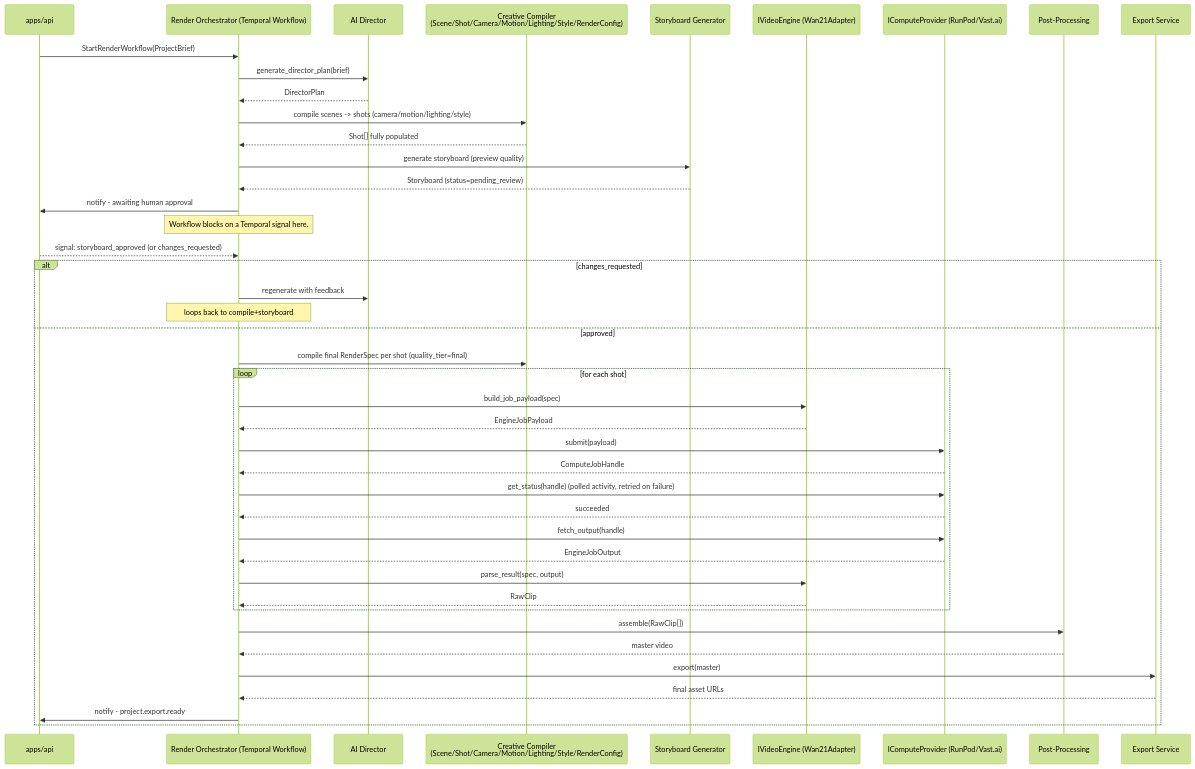
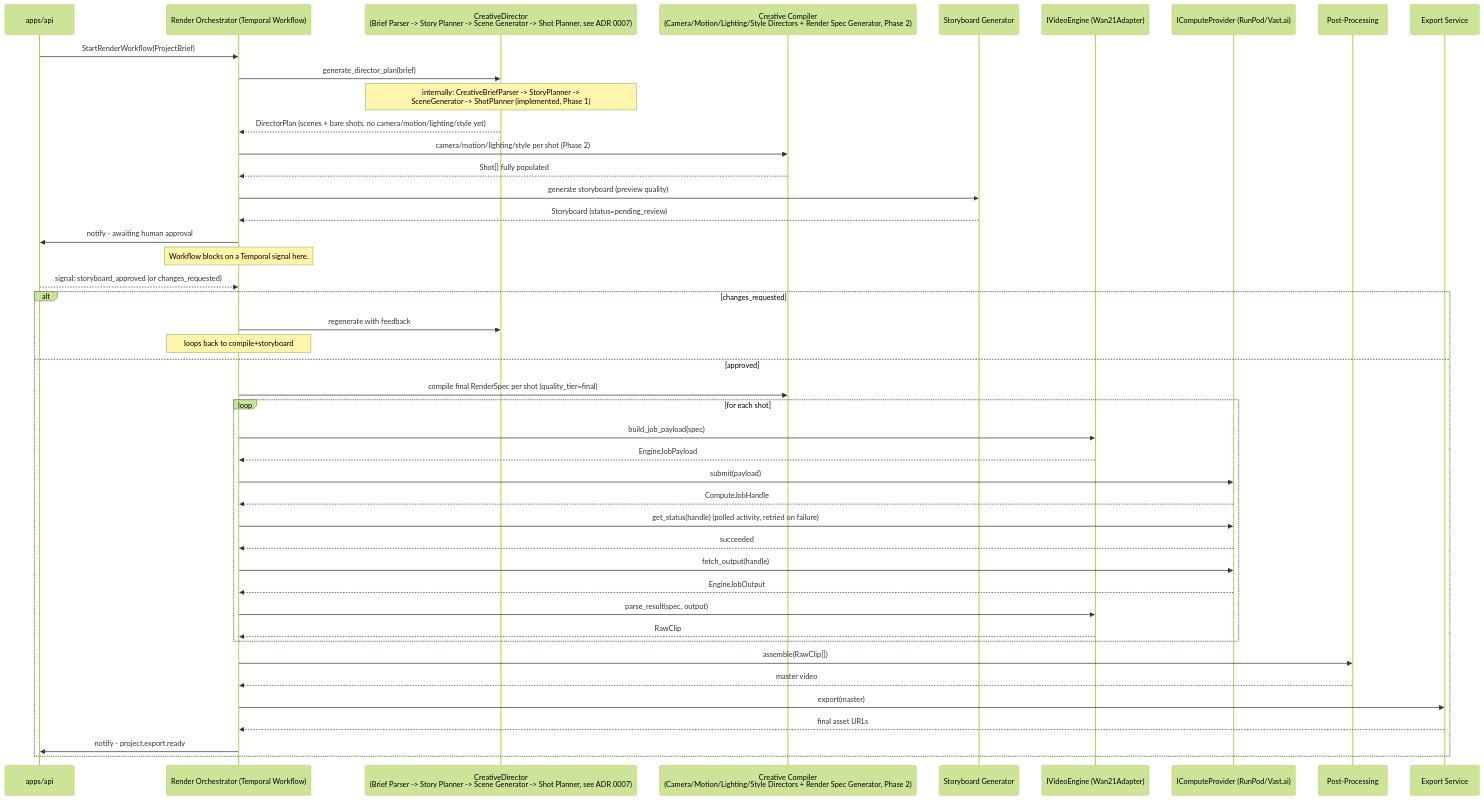
The diagram in docs/workflows/ai-director-workflow.md (Y1X0/sallehly-ai-engine), drawn with Mermaid (forest theme) before and after one commit. The commit also changed other lines of this file and 55 other files, not shown here.

First line of the commit message:
Phase 1: Creative Director pipeline (Brief Parser -> Story Planner -> Scene/Shot generation)

````diff
--- a/docs/workflows/ai-director-workflow.md
+++ b/docs/workflows/ai-director-workflow.md
@@ -9,46 +9,47 @@
 ```mermaid
 sequenceDiagram
     participant API as apps/api
     participant WF as Render Orchestrator (Temporal Workflow)
-    participant DIR as AI Director
-    participant CC as Creative Compiler<br/>(Scene/Shot/Camera/Motion/Lighting/Style/RenderConfig)
+    participant DIR as CreativeDirector<br/>(Brief Parser -> Story Planner -> Scene Generator -> Shot Planner, see ADR 0007)
+    participant CC as Creative Compiler<br/>(Camera/Motion/Lighting/Style Directors + Render Spec Generator, Phase 2)
     participant SBG as Storyboard Generator
     participant ENG as IVideoEngine (Wan21Adapter)
     participant CMP as IComputeProvider (RunPod/Vast.ai)
     participant PP as Post-Processing
     participant EXP as Export Service
 
     API->>WF: StartRenderWorkflow(ProjectBrief)
     WF->>DIR: generate_director_plan(brief)
-    DIR-->>WF: DirectorPlan
-    WF->>CC: compile scenes -> shots (camera/motion/lighting/style)
+    Note over DIR: internally: CreativeBriefParser -> StoryPlanner -><br/>SceneGenerator -> ShotPlanner (implemented, Phase 1)
+    DIR-->>WF: DirectorPlan (scenes + bare shots, no camera/motion/lighting/style yet)
+    WF->>CC: camera/motion/lighting/style per shot (Phase 2)
     CC-->>WF: Shot[] fully populated
     WF->>SBG: generate storyboard (preview quality)
     SBG-->>WF: Storyboard (status=pending_review)
     WF->>API: notify - awaiting human approval
     Note over WF: Workflow blocks on a Temporal signal here.
     API-->>WF: signal: storyboard_approved (or changes_requested)
     alt changes_requested
         WF->>DIR: regenerate with feedback
         Note over WF: loops back to compile+storyboard
     else approved
         WF->>CC: compile final RenderSpec per shot (quality_tier=final)
         loop for each shot
             WF->>ENG: build_job_payload(spec)
             ENG-->>WF: EngineJobPayload
             WF->>CMP: submit(payload)
             CMP-->>WF: ComputeJobHandle
             WF->>CMP: get_status(handle) (polled activity, retried on failure)
             CMP-->>WF: succeeded
             WF->>CMP: fetch_output(handle)
             CMP-->>WF: EngineJobOutput
             WF->>ENG: parse_result(spec, output)
             ENG-->>WF: RawClip
         end
         WF->>PP: assemble(RawClip[])
         PP-->>WF: master video
         WF->>EXP: export(master)
         EXP-->>WF: final asset URLs
         WF->>API: notify - project.export.ready
     end
 ```
````
